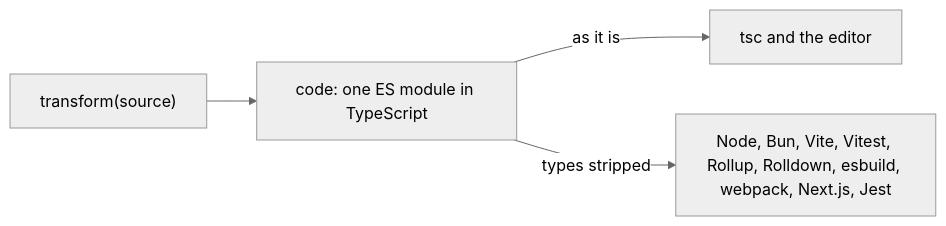
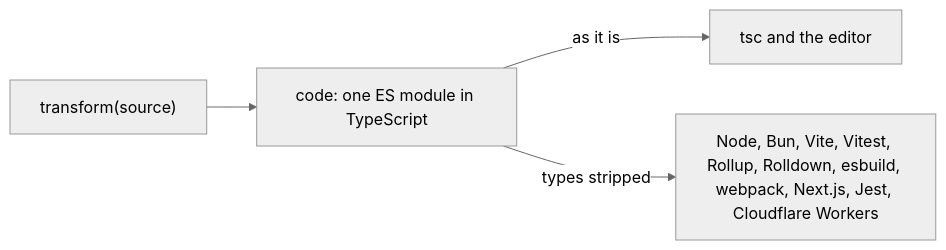
The diagram in README.md (colinhacks/content-mapper-starter), drawn with Mermaid (neutral theme) before and after one commit. The commit also changed other lines of this file and 10 other files, not shown here.

First line of the commit message:
fix: claim relative imports before cloudflare's vite plugin

````diff
--- a/README.md
+++ b/README.md
@@ -30,6 +32,6 @@
 ```mermaid
 flowchart LR
   T["transform(source)"] --> C["code: one ES module in TypeScript"]
   C -->|as it is| TSC["tsc and the editor"]
-  C -->|types stripped| RT["Node, Bun, Vite, Vitest, Rollup, Rolldown, esbuild, webpack, Next.js, Jest"]
+  C -->|types stripped| RT["Node, Bun, Vite, Vitest, Rollup, Rolldown, esbuild, webpack, Next.js, Jest, Cloudflare Workers"]
 ```
````
